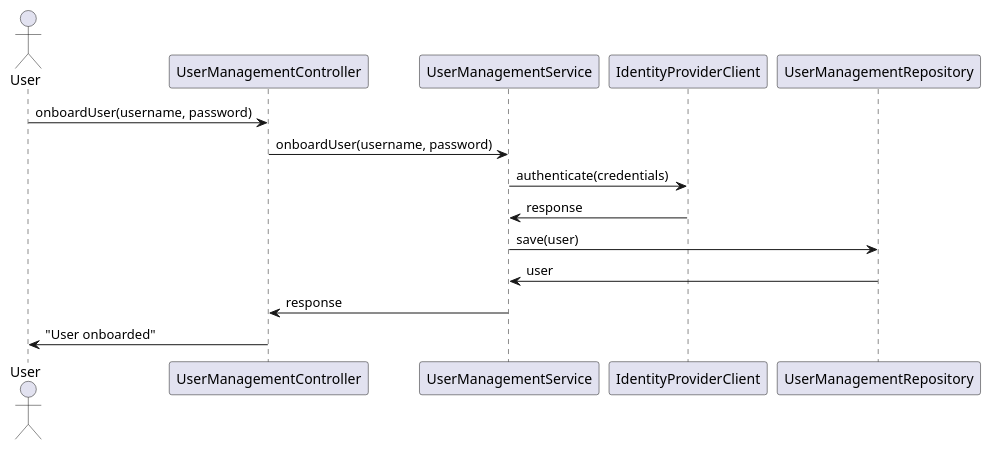
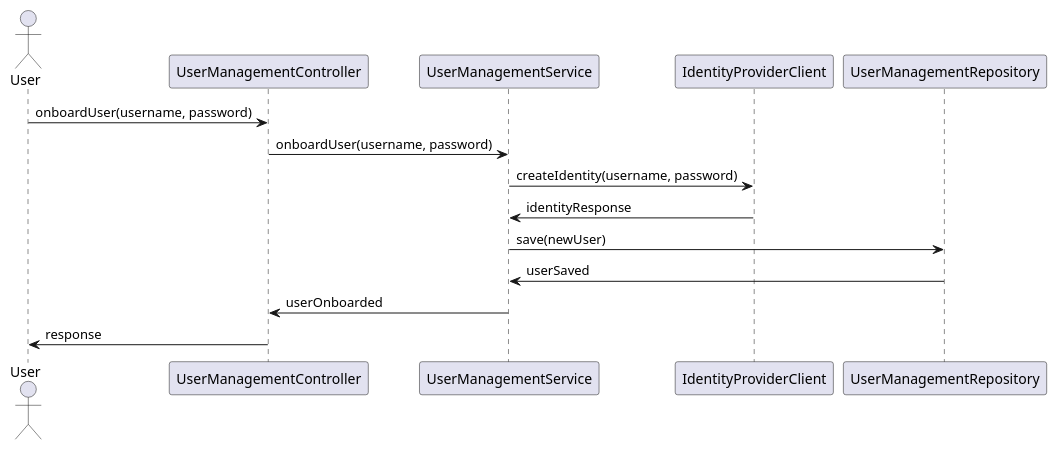
The first of 4 diagrams in usermanagement/documentation/detaileddesign.adoc (Dinesh-s95/AutoDoc.ai), drawn with PlantUML before and after one commit. The commit also changed other lines of this file and 4 other files, not shown here.

```diff
--- a/usermanagement/documentation/detaileddesign.adoc
+++ b/usermanagement/documentation/detaileddesign.adoc
@@ -210,19 +116,19 @@
 [plantuml, user-registration-sequence, png]
 ----
 @startuml
 actor User
 participant "UserManagementController" as Controller
 participant "UserManagementService" as Service
 participant "IdentityProviderClient" as IdentityProvider
 participant "UserManagementRepository" as Repository
 
 User -> Controller : onboardUser(username, password)
 Controller -> Service : onboardUser(username, password)
-Service -> IdentityProvider : authenticate(credentials)
-IdentityProvider -> Service : response
-Service -> Repository : save(user)
-Repository -> Service : user
-Service -> Controller : response
-Controller -> User : "User onboarded"
+Service -> IdentityProvider : createIdentity(username, password)
+IdentityProvider -> Service : identityResponse
+Service -> Repository : save(newUser)
+Repository -> Service : userSaved
+Service -> Controller : userOnboarded
+Controller -> User : response
 @enduml
 ----
```
